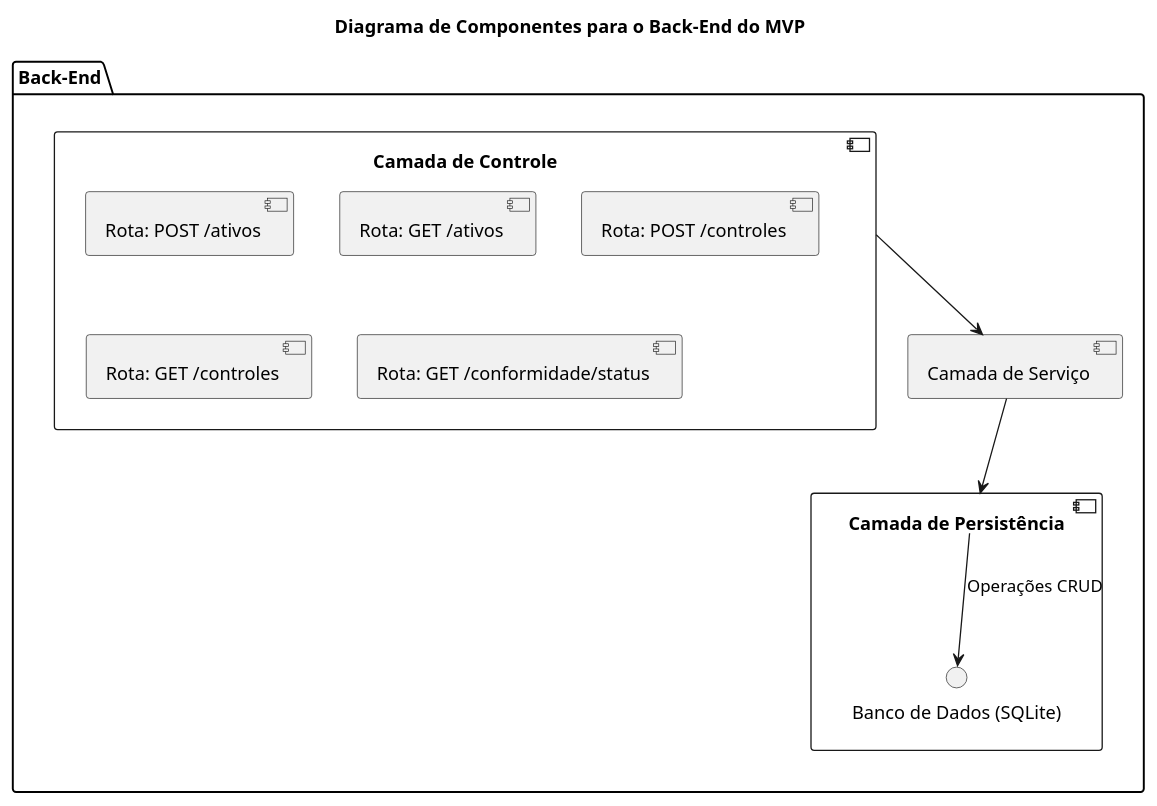
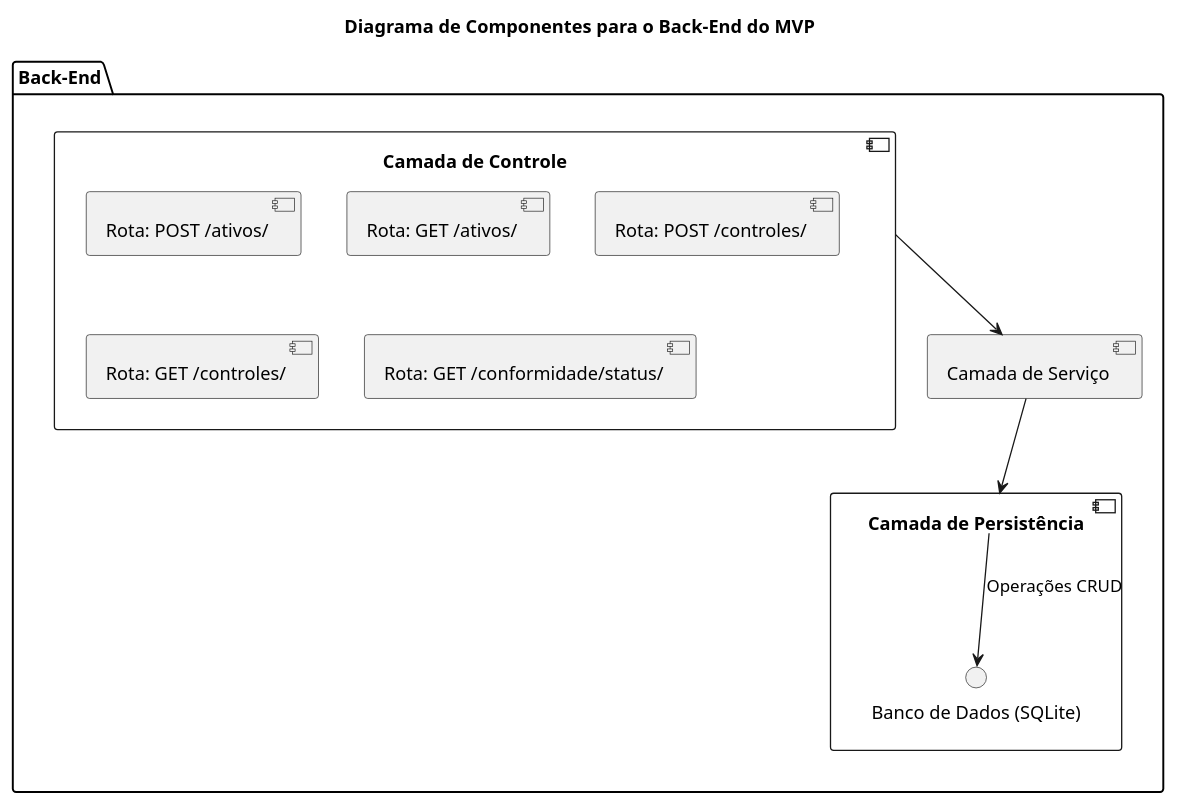
One commit to jella/securetrack-mvp-frontend changed the diagram in diagrams/diagrama-de-componentes.puml. Above: the diagram before and after it, drawn with PlantUML. The commit also changed 3 other files, not shown here.

```diff
--- a/diagrams/diagrama-de-componentes.puml
+++ b/diagrams/diagrama-de-componentes.puml
@@ -1,22 +1,22 @@
 @startuml
 title Diagrama de Componentes para o Back-End do MVP
 
 package "Back-End" as Backend {
     component "Camada de Controle" as Controllers {
-        [Rota: POST /ativos]
-        [Rota: GET /ativos]
-        [Rota: POST /controles]
-        [Rota: GET /controles]
-        [Rota: GET /conformidade/status]
+        [Rota: POST /ativos/]
+        [Rota: GET /ativos/]
+        [Rota: POST /controles/]
+        [Rota: GET /controles/]
+        [Rota: GET /conformidade/status/]
     }
 
     component "Camada de Serviço" as Services {
         Controllers --> Services
     }
 
     component "Camada de Persistência" as Persistence {
         Services --> Persistence
         Persistence --> "Banco de Dados (SQLite)" : Operações CRUD
     }
 }
 @enduml
```
